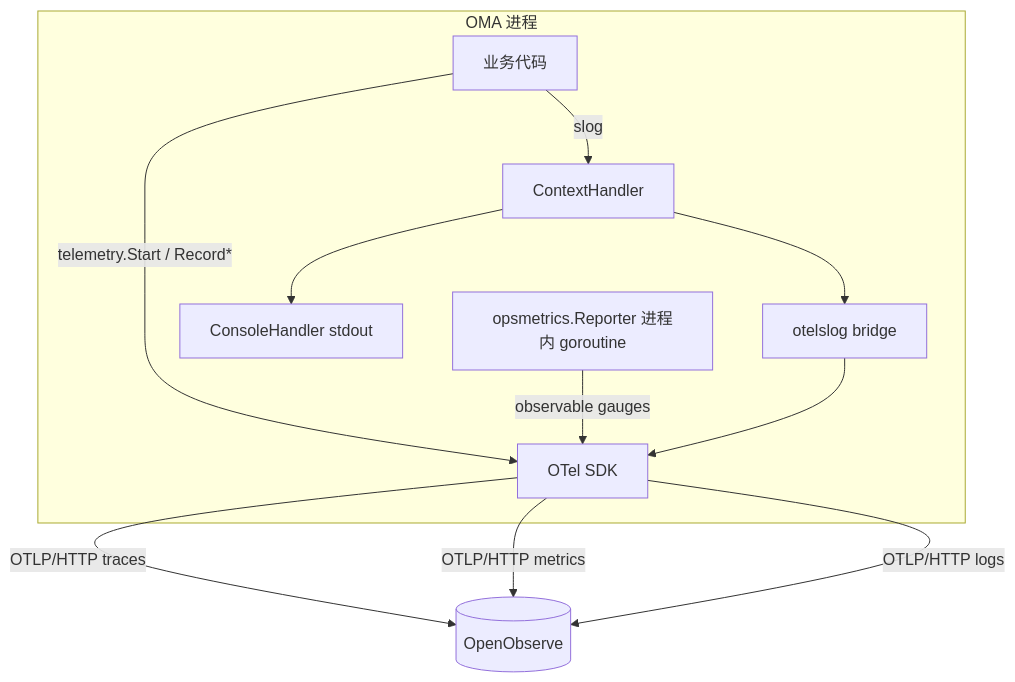
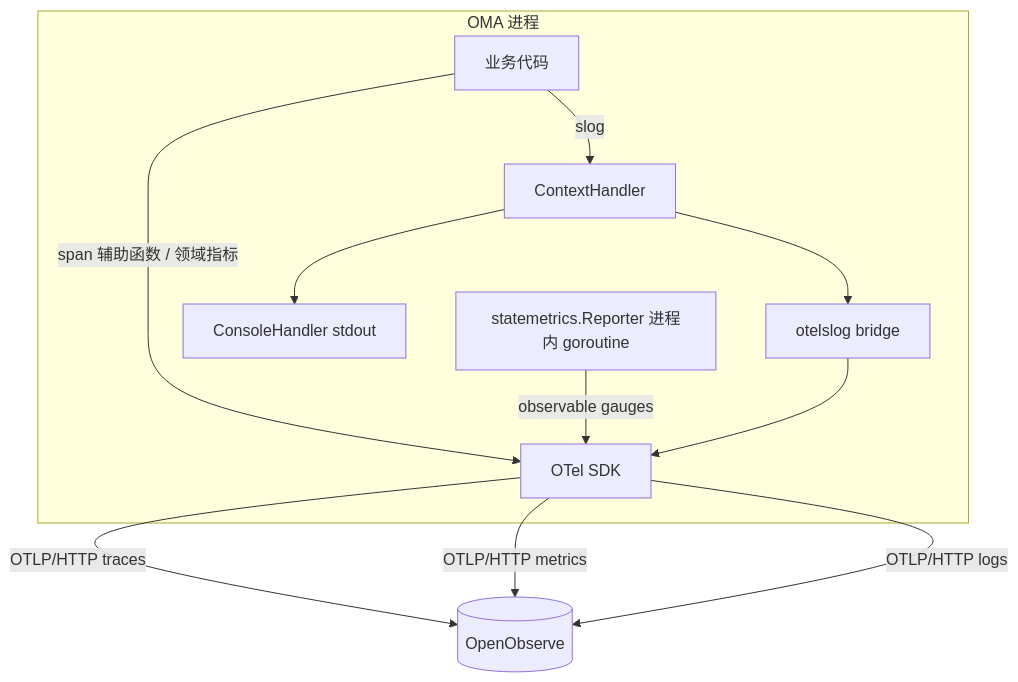
Before and after one commit to superduck-ai/open-managed-agents: the second of 6 diagrams in docs/design/be/server-observability.md, drawn with Mermaid. The commit also changed other lines of this file and 144 other files, not shown here.

````diff
--- a/docs/design/be/server-observability.md
+++ b/docs/design/be/server-observability.md
@@ -123,14 +99,14 @@
 ```mermaid
 flowchart TB
     subgraph OMA["OMA 进程"]
-        CODE[业务代码] -->|telemetry.Start / Record*| SDK[OTel SDK]
+        CODE[业务代码] -->|span 辅助函数 / 领域指标| SDK[OTel SDK]
         CODE -->|slog| LOGH[ContextHandler]
         LOGH --> CON[ConsoleHandler stdout]
         LOGH --> OTELH[otelslog bridge]
         OTELH --> SDK
-        REPORTER[opsmetrics.Reporter 进程内 goroutine] -->|observable gauges| SDK
+        REPORTER[statemetrics.Reporter 进程内 goroutine] -->|observable gauges| SDK
     end
     SDK -->|OTLP/HTTP traces| OO[(OpenObserve)]
     SDK -->|OTLP/HTTP metrics| OO
     SDK -->|OTLP/HTTP logs| OO
 ```
````
